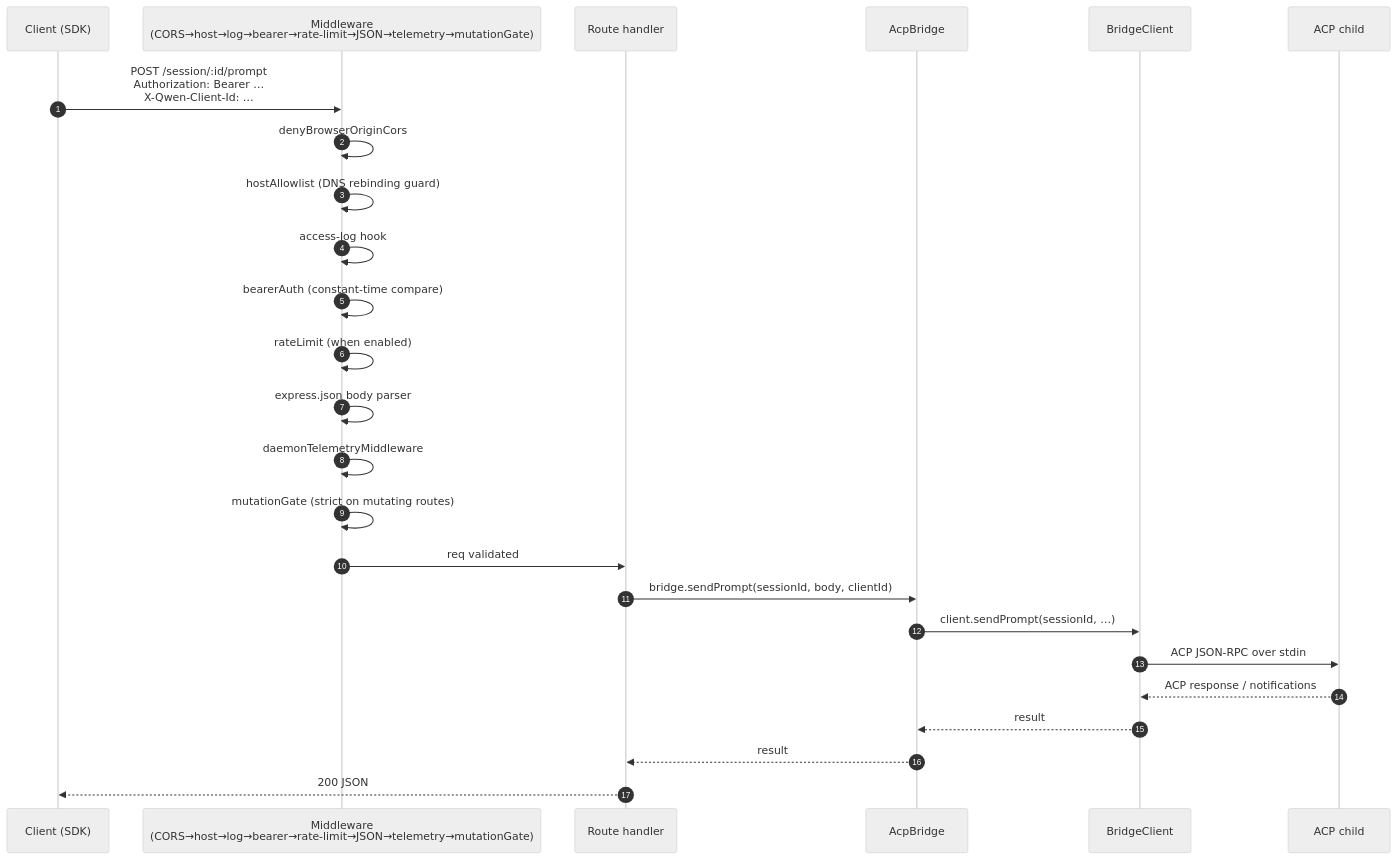
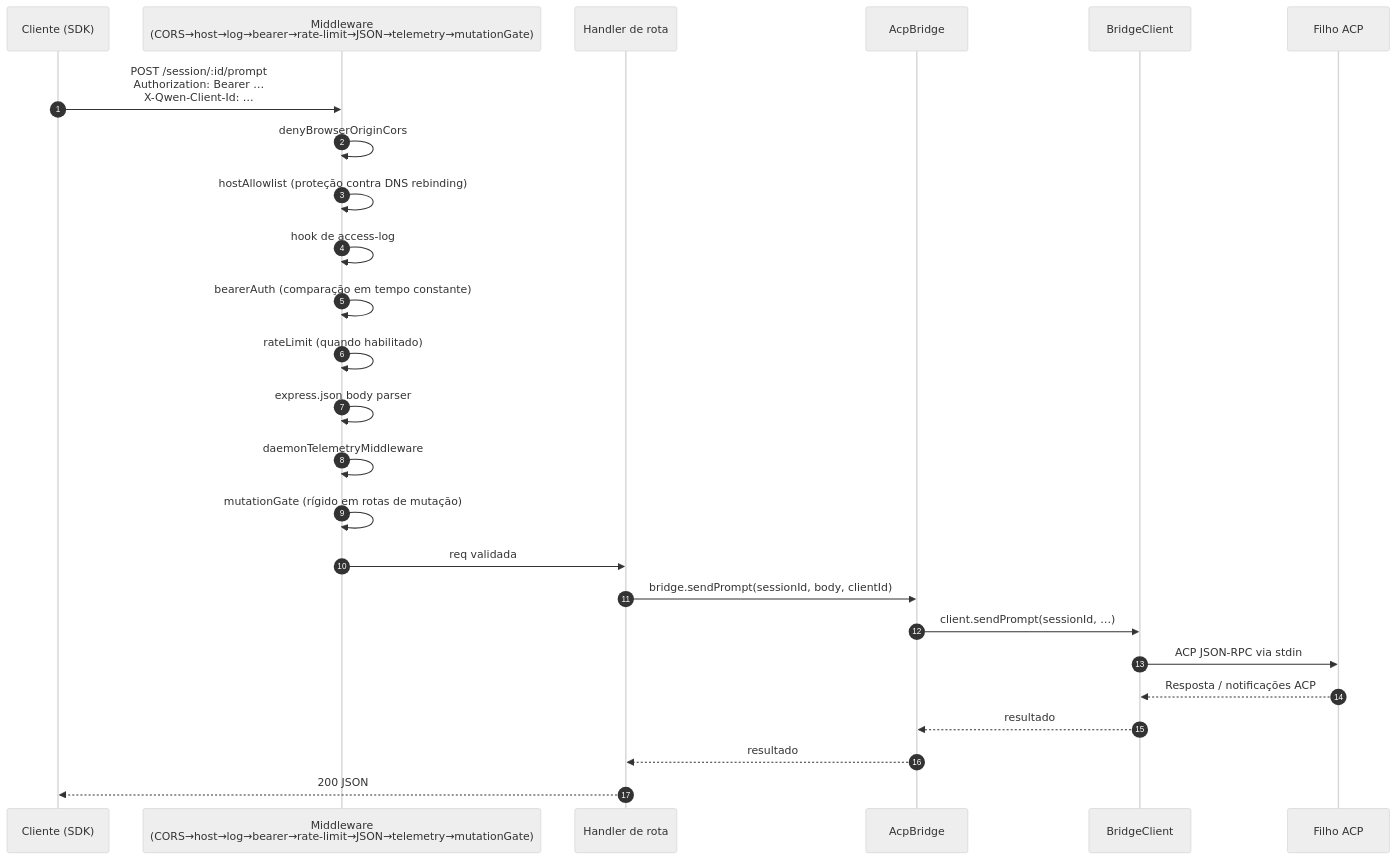
Before and after one commit to QwenLM/qwen-code-docs: the third of 7 diagrams in website/content/pt-BR/developers/daemon/01-architecture.md, drawn with Mermaid (neutral theme). The commit also changed other lines of this file and 1077 other files, not shown here.

````diff
--- a/website/content/pt-BR/developers/daemon/01-architecture.md
+++ b/website/content/pt-BR/developers/daemon/01-architecture.md
@@ -145,28 +146,28 @@
 ```mermaid
 sequenceDiagram
     autonumber
-    participant C as Client (SDK)
+    participant C as Cliente (SDK)
     participant MW as Middleware<br/>(CORS→host→log→bearer→rate-limit→JSON→telemetry→mutationGate)
-    participant R as Route handler
+    participant R as Handler de rota
     participant BR as AcpBridge
     participant BC as BridgeClient
-    participant CH as ACP child
+    participant CH as Filho ACP
 
     C->>MW: POST /session/:id/prompt<br/>Authorization: Bearer …<br/>X-Qwen-Client-Id: …
     MW->>MW: denyBrowserOriginCors
-    MW->>MW: hostAllowlist (DNS rebinding guard)
-    MW->>MW: access-log hook
-    MW->>MW: bearerAuth (constant-time compare)
-    MW->>MW: rateLimit (when enabled)
+    MW->>MW: hostAllowlist (proteção contra DNS rebinding)
+    MW->>MW: hook de access-log
+    MW->>MW: bearerAuth (comparação em tempo constante)
+    MW->>MW: rateLimit (quando habilitado)
     MW->>MW: express.json body parser
     MW->>MW: daemonTelemetryMiddleware
-    MW->>MW: mutationGate (strict on mutating routes)
-    MW->>R: req validated
+    MW->>MW: mutationGate (rígido em rotas de mutação)
+    MW->>R: req validada
     R->>BR: bridge.sendPrompt(sessionId, body, clientId)
     BR->>BC: client.sendPrompt(sessionId, …)
-    BC->>CH: ACP JSON-RPC over stdin
-    CH-->>BC: ACP response / notifications
-    BC-->>BR: result
-    BR-->>R: result
+    BC->>CH: ACP JSON-RPC via stdin
+    CH-->>BC: Resposta / notificações ACP
+    BC-->>BR: resultado
+    BR-->>R: resultado
     R-->>C: 200 JSON
 ```
````
